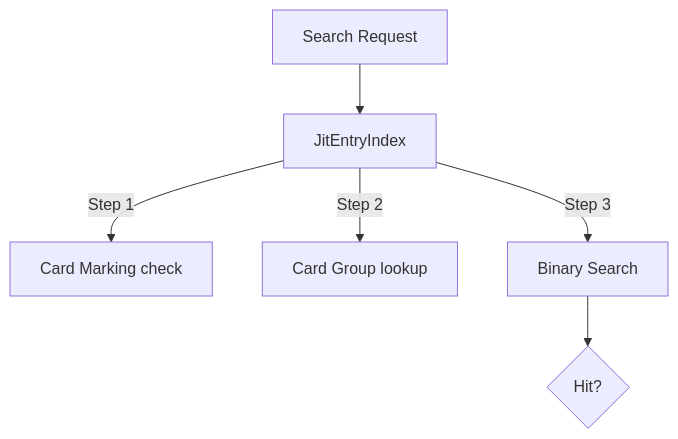
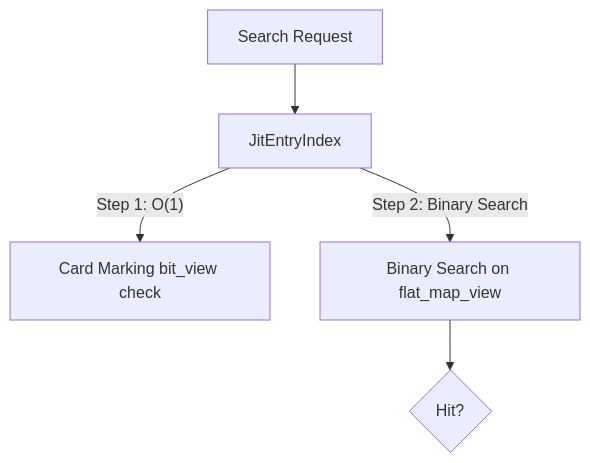
Before and after one commit to kmt-t/fireball: the first of 2 diagrams in docs/components/tier3_jit/jit_runtime_entry.md, drawn with Mermaid. The commit also changed other lines of this file and 7 other files, not shown here.

Commit message:
docs: eliminate redundant Card Group Index relying on O(1) bit_view card marking table

````diff
--- a/docs/components/tier3_jit/jit_runtime_entry.md
+++ b/docs/components/tier3_jit/jit_runtime_entry.md
@@ -20,8 +19,7 @@
 ```mermaid
 graph TD
     Search[Search Request] --> Engine[JitEntryIndex]
-    Engine -->|Step 1| Mark[Card Marking check]
-    Engine -->|Step 2| Card[Card Group lookup]
-    Engine -->|Step 3| BinSearch[Binary Search]
+    Engine -->|"Step 1: O(1)"| Mark[Card Marking bit_view check]
+    Engine -->|"Step 2: Binary Search"| BinSearch[Binary Search on flat_map_view]
     BinSearch --> Result{Hit?}
 ```
````
